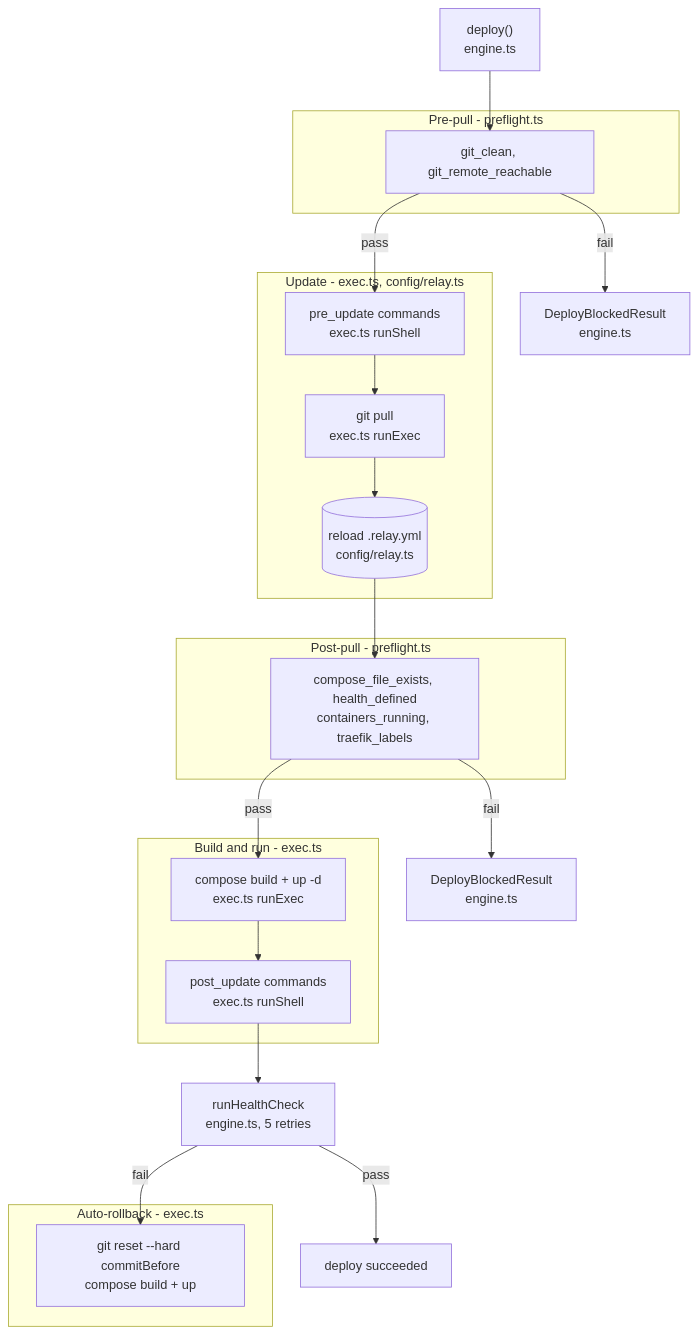
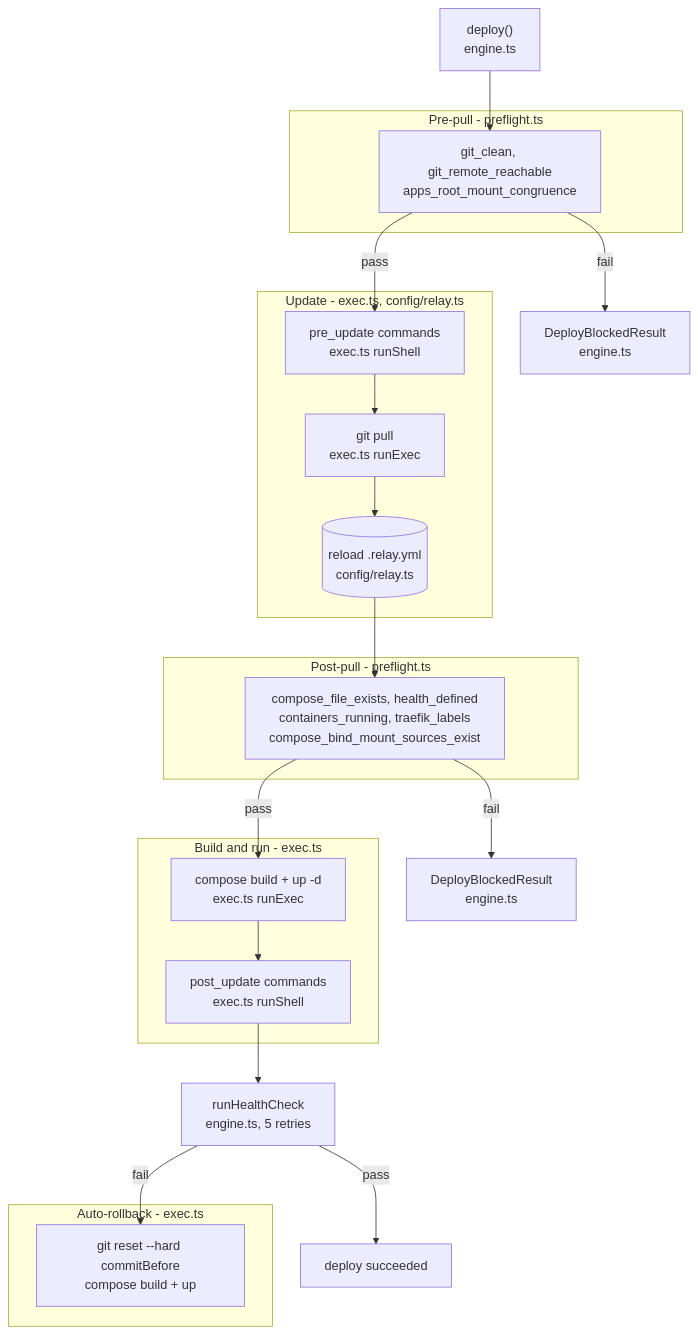
One commit to LanNguyenSi/agent-relay changed the diagram in docs/operations.md. Above: the diagram before and after it, drawn with Mermaid. The commit also changed 6 other files, not shown here.

````diff
--- a/docs/operations.md
+++ b/docs/operations.md
@@ -186,39 +186,39 @@
 ```mermaid
 flowchart TD
     A["deploy()<br/>engine.ts"] --> B
 
     subgraph PRE["Pre-pull - preflight.ts"]
-        B["git_clean, git_remote_reachable"]
+        B["git_clean, git_remote_reachable<br/>apps_root_mount_congruence"]
     end
 
     B -- "fail" --> BLK["DeployBlockedResult<br/>engine.ts"]
     B -- "pass" --> D
 
     subgraph UPD["Update - exec.ts, config/relay.ts"]
         D["pre_update commands<br/>exec.ts runShell"]
         D --> E["git pull<br/>exec.ts runExec"]
         E --> F[("reload .relay.yml<br/>config/relay.ts")]
     end
 
     F --> G
 
     subgraph POST["Post-pull - preflight.ts"]
-        G["compose_file_exists, health_defined<br/>containers_running, traefik_labels"]
+        G["compose_file_exists, health_defined<br/>containers_running, traefik_labels<br/>compose_bind_mount_sources_exist"]
     end
 
     G -- "fail" --> BLK2["DeployBlockedResult<br/>engine.ts"]
     G -- "pass" --> H
 
     subgraph BUILD["Build and run - exec.ts"]
         H["compose build + up -d<br/>exec.ts runExec"]
         H --> P["post_update commands<br/>exec.ts runShell"]
     end
 
     P --> J["runHealthCheck<br/>engine.ts, 5 retries"]
     J -- "pass" --> SUC["deploy succeeded"]
     J -- "fail" --> RBK
 
     subgraph ROLL["Auto-rollback - exec.ts"]
         RBK["git reset --hard commitBefore<br/>compose build + up"]
     end
 ```
````
